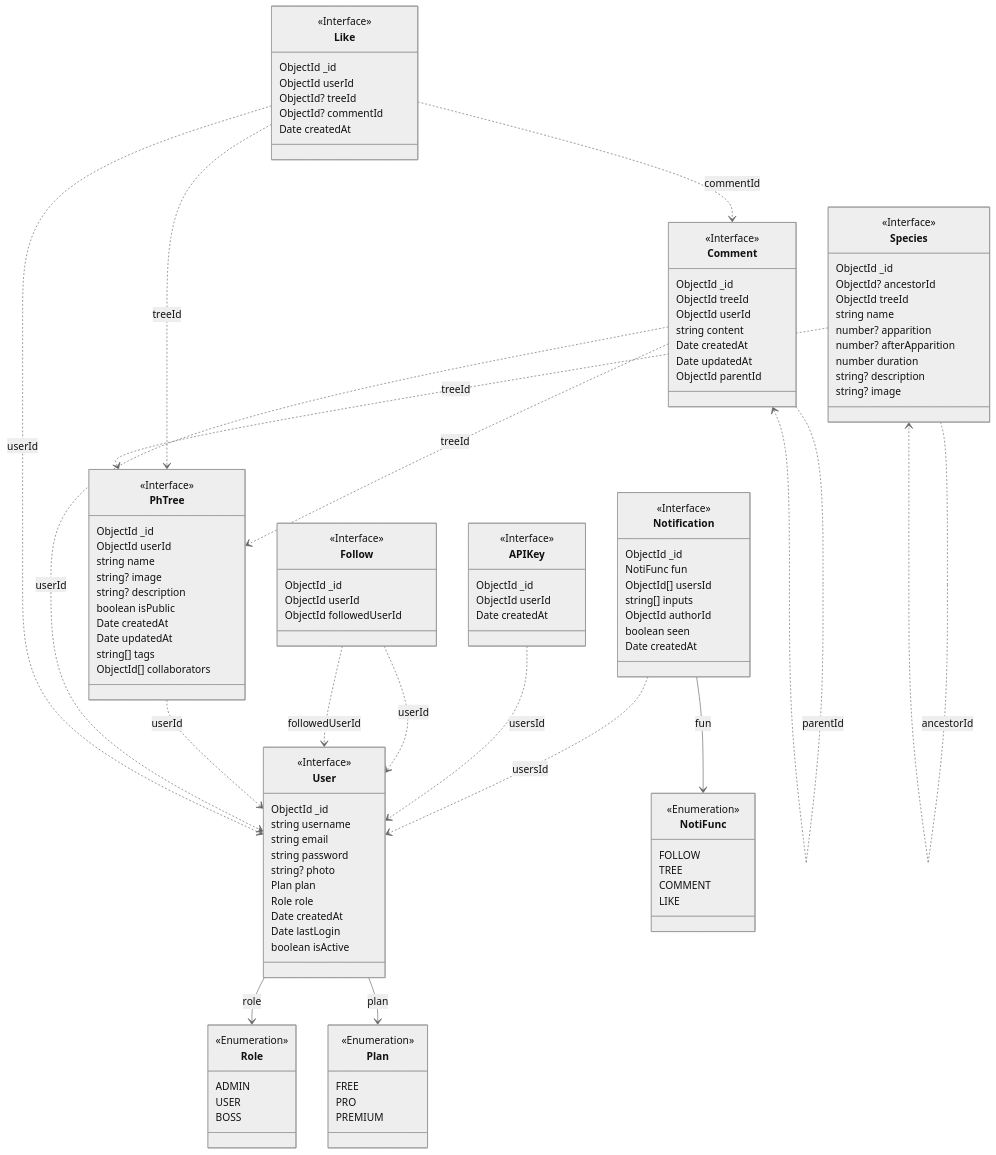
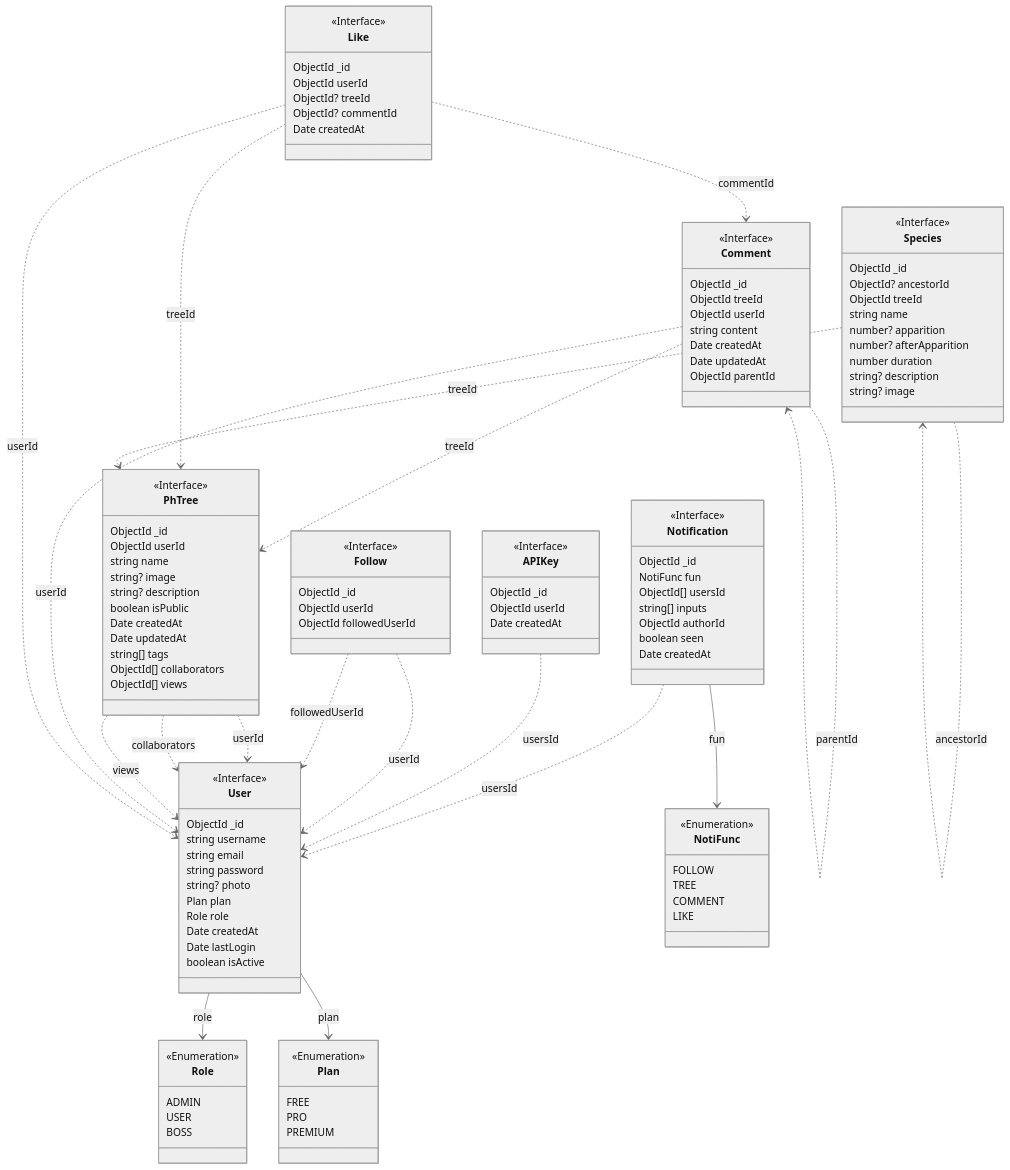
Before and after one commit to LUCHER4321/CPT-Backend: the second of 2 diagrams in README.md, drawn with Mermaid (neutral theme). The commit also changed other lines of this file, not shown here.

```diff
--- a/README.md
+++ b/README.md
@@ -177,6 +177,7 @@
     Date updatedAt
     string[] tags
     ObjectId[] collaborators
+    ObjectId[] views
   }
   class Comment {
     <<Interface>>
@@ -216,6 +217,8 @@
   Follow ..> User: userId
   Follow ..> User: followedUserId
   PhTree ..> User: userId
+  PhTree ..> User: collaborators
+  PhTree ..> User: views
   Comment ..> PhTree: treeId
   Comment ..> User: userId
   Comment ..> Comment: parentId
```
